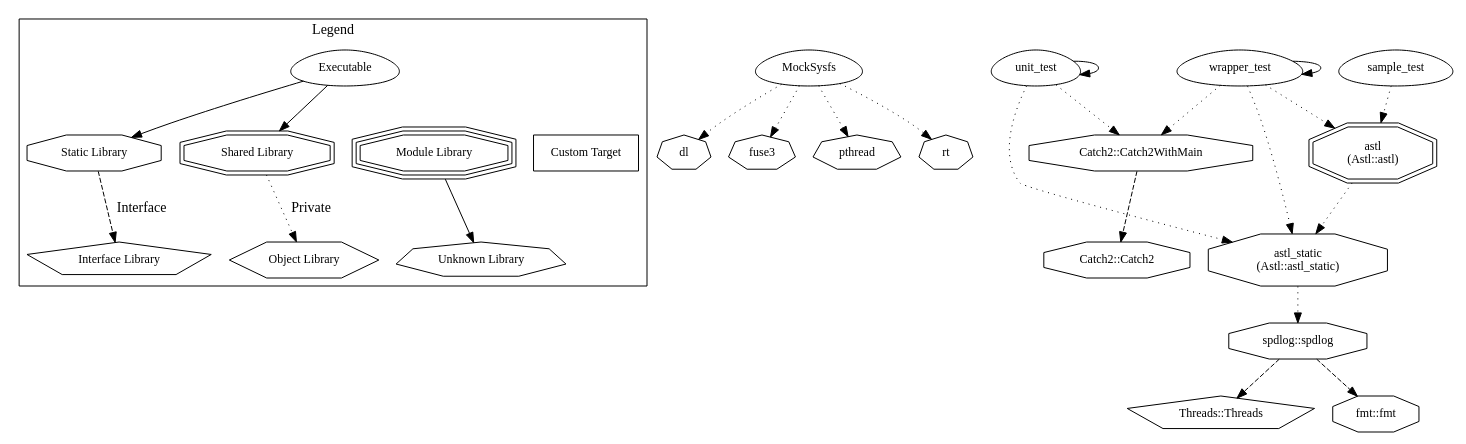
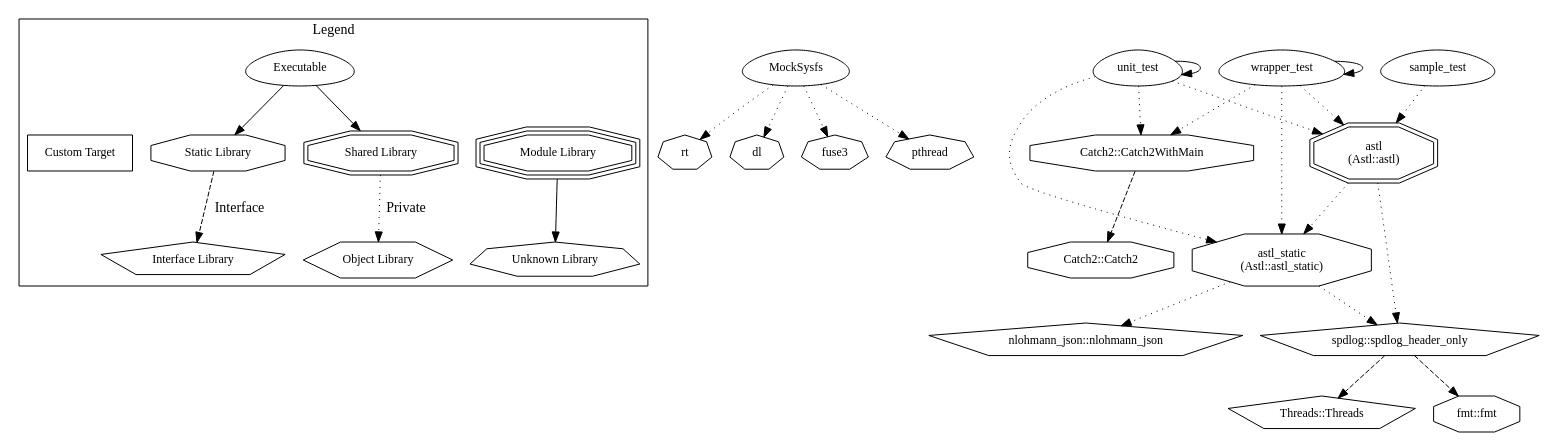
One commit to arm/ASTL changed the diagram in doc/dependency_graph.dot. Above: the diagram before and after it, drawn with Graphviz. The commit also changed 17 other files, not shown here.

First line of the commit message:
[ASTL-137] configuration json specifies metrics (#165)

```diff
--- a/doc/dependency_graph.dot
+++ b/doc/dependency_graph.dot
@@ -1,57 +1,61 @@
 digraph "astl" {
 node [
   fontsize = "12"
 ];
 subgraph clusterLegend {
   label = "Legend";
   color = black;
   edge [ style = invis ];
   legendNode0 [ label = "Executable", shape = egg ];
   legendNode1 [ label = "Static Library", shape = octagon ];
   legendNode2 [ label = "Shared Library", shape = doubleoctagon ];
   legendNode3 [ label = "Module Library", shape = tripleoctagon ];
   legendNode4 [ label = "Interface Library", shape = pentagon ];
   legendNode5 [ label = "Object Library", shape = hexagon ];
   legendNode6 [ label = "Unknown Library", shape = septagon ];
   legendNode7 [ label = "Custom Target", shape = box ];
   legendNode0 -> legendNode1 [ style = solid ];
   legendNode0 -> legendNode2 [ style = solid ];
   legendNode0 -> legendNode3;
   legendNode1 -> legendNode4 [ label = "Interface", style = dashed ];
   legendNode2 -> legendNode5 [ label = "Private", style = dotted ];
   legendNode3 -> legendNode6 [ style = solid ];
   legendNode0 -> legendNode7;
 }
     "node0" [ label = "MockSysfs", shape = egg ];
     "node1" [ label = "dl", shape = septagon ];
     "node0" -> "node1" [ style = dotted ] // MockSysfs -> dl
     "node2" [ label = "fuse3", shape = septagon ];
     "node0" -> "node2" [ style = dotted ] // MockSysfs -> fuse3
     "node3" [ label = "pthread", shape = septagon ];
     "node0" -> "node3" [ style = dotted ] // MockSysfs -> pthread
     "node4" [ label = "rt", shape = septagon ];
     "node0" -> "node4" [ style = dotted ] // MockSysfs -> rt
     "node5" [ label = "astl\n(Astl::astl)", shape = doubleoctagon ];
     "node6" [ label = "astl_static\n(Astl::astl_static)", shape = octagon ];
-    "node7" [ label = "spdlog::spdlog", shape = octagon ];
-    "node8" [ label = "Threads::Threads", shape = pentagon ];
-    "node7" -> "node8" [ style = dashed ] // spdlog::spdlog -> Threads::Threads
-    "node9" [ label = "fmt::fmt", shape = octagon ];
-    "node7" -> "node9" [ style = dashed ] // spdlog::spdlog -> fmt::fmt
-    "node6" -> "node7" [ style = dotted ] // astl_static -> spdlog::spdlog
+    "node7" [ label = "nlohmann_json::nlohmann_json", shape = pentagon ];
+    "node6" -> "node7" [ style = dotted ] // astl_static -> nlohmann_json::nlohmann_json
+    "node8" [ label = "spdlog::spdlog_header_only", shape = pentagon ];
+    "node9" [ label = "Threads::Threads", shape = pentagon ];
+    "node8" -> "node9" [ style = dashed ] // spdlog::spdlog_header_only -> Threads::Threads
+    "node10" [ label = "fmt::fmt", shape = octagon ];
+    "node8" -> "node10" [ style = dashed ] // spdlog::spdlog_header_only -> fmt::fmt
+    "node6" -> "node8" [ style = dotted ] // astl_static -> spdlog::spdlog_header_only
     "node5" -> "node6" [ style = dotted ] // astl -> astl_static
-    "node10" [ label = "sample_test", shape = egg ];
-    "node10" -> "node5" [ style = dotted ] // sample_test -> astl
-    "node11" [ label = "unit_test", shape = egg ];
-    "node12" [ label = "Catch2::Catch2WithMain", shape = octagon ];
-    "node13" [ label = "Catch2::Catch2", shape = octagon ];
-    "node12" -> "node13" [ style = dashed ] // Catch2::Catch2WithMain -> Catch2::Catch2
-    "node11" -> "node12" [ style = dotted ] // unit_test -> Catch2::Catch2WithMain
-    "node11" -> "node6" [ style = dotted ] // unit_test -> astl_static
-    "node11" -> "node11"  // unit_test -> unit_test
-    "node14" [ label = "wrapper_test", shape = egg ];
-    "node14" -> "node12" [ style = dotted ] // wrapper_test -> Catch2::Catch2WithMain
-    "node14" -> "node5" [ style = dotted ] // wrapper_test -> astl
-    "node14" -> "node6" [ style = dotted ] // wrapper_test -> astl_static
-    "node14" -> "node14"  // wrapper_test -> wrapper_test
+    "node5" -> "node8" [ style = dotted ] // astl -> spdlog::spdlog_header_only
+    "node11" [ label = "sample_test", shape = egg ];
+    "node11" -> "node5" [ style = dotted ] // sample_test -> astl
+    "node12" [ label = "unit_test", shape = egg ];
+    "node13" [ label = "Catch2::Catch2WithMain", shape = octagon ];
+    "node14" [ label = "Catch2::Catch2", shape = octagon ];
+    "node13" -> "node14" [ style = dashed ] // Catch2::Catch2WithMain -> Catch2::Catch2
+    "node12" -> "node13" [ style = dotted ] // unit_test -> Catch2::Catch2WithMain
+    "node12" -> "node5" [ style = dotted ] // unit_test -> astl
+    "node12" -> "node6" [ style = dotted ] // unit_test -> astl_static
+    "node12" -> "node12"  // unit_test -> unit_test
+    "node15" [ label = "wrapper_test", shape = egg ];
+    "node15" -> "node13" [ style = dotted ] // wrapper_test -> Catch2::Catch2WithMain
+    "node15" -> "node5" [ style = dotted ] // wrapper_test -> astl
+    "node15" -> "node6" [ style = dotted ] // wrapper_test -> astl_static
+    "node15" -> "node15"  // wrapper_test -> wrapper_test
 }
```
